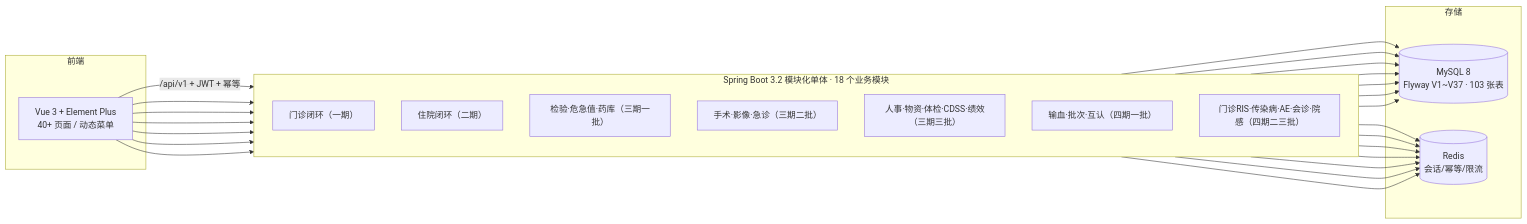
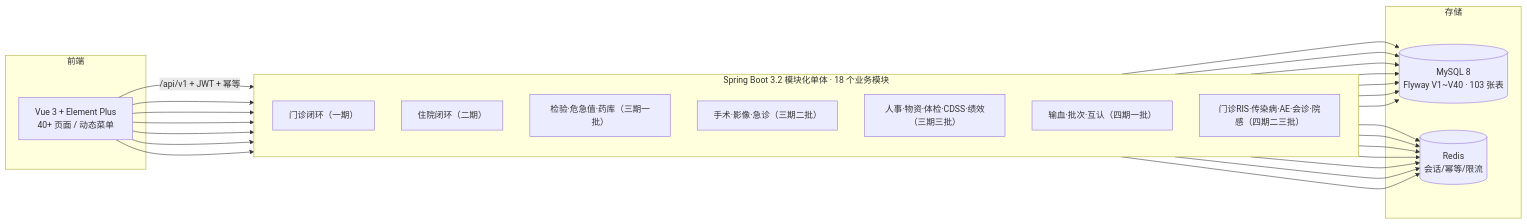
The diagram in README.md (shushi2369/hospital-information-system), drawn with Mermaid before and after one commit. The commit also changed other lines of this file, not shown here.

````diff
--- a/README.md
+++ b/README.md
@@ -16,23 +16,23 @@
 ```mermaid
 graph LR
     subgraph 前端
         W["Vue 3 + Element Plus<br/>40+ 页面 / 动态菜单"]
     end
     subgraph 后端["Spring Boot 3.2 模块化单体 · 18 个业务模块"]
         direction TB
         A["门诊闭环（一期）"]
         B["住院闭环（二期）"]
         C["检验·危急值·药库（三期一批）"]
         D["手术·影像·急诊（三期二批）"]
         E["人事·物资·体检·CDSS·绩效（三期三批）"]
         F["输血·批次·互认（四期一批）"]
         G["门诊RIS·传染病·AE·会诊·院感（四期二三批）"]
     end
     subgraph 存储
-        D2[("MySQL 8<br/>Flyway V1~V37 · 103 张表")]
+        D2[("MySQL 8<br/>Flyway V1~V40 · 103 张表")]
         R[("Redis<br/>会话/幂等/限流")]
     end
     W -->|"/api/v1 + JWT + 幂等"| A
     W --> B & C & D & E & F & G
     A & B & C & D & E & F & G --> D2 & R
 ```
````
